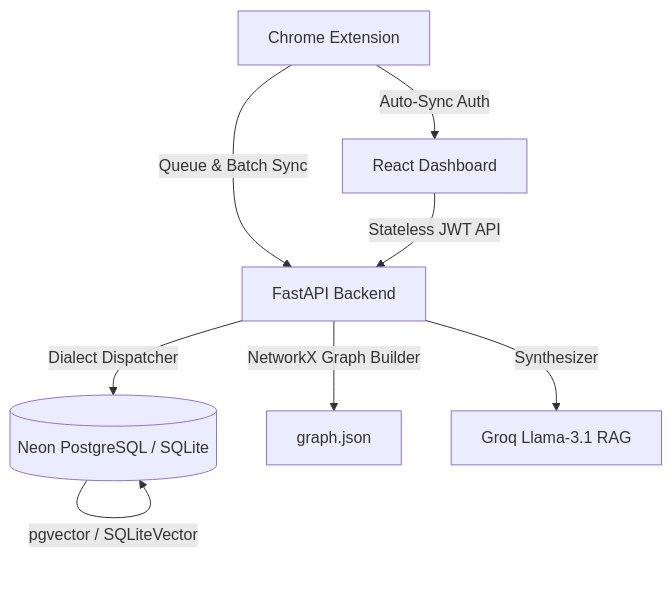
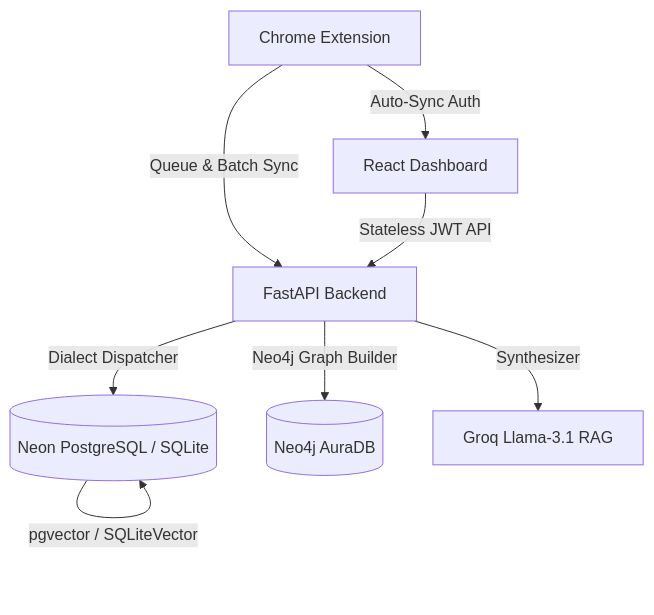
Before and after one commit to Rishabhmk25/chronicleos: the diagram in README.md, drawn with Mermaid. The commit also changed other lines of this file, not shown here.

Commit message:
docs: update architecture diagram and features to reflect Neo4j migration

````diff
--- a/README.md
+++ b/README.md
@@ -9,10 +9,10 @@
 ```mermaid
 graph TD
     Ext[Chrome Extension] -->|Queue & Batch Sync| API[FastAPI Backend]
     API -->|Dialect Dispatcher| DB[(Neon PostgreSQL / SQLite)]
     DB -->|pgvector / SQLiteVector| DB
-    API -->|NetworkX Graph Builder| Graph[graph.json]
+    API -->|Neo4j Graph Builder| Graph[(Neo4j AuraDB)]
     API -->|Synthesizer| LLM[Groq Llama-3.1 RAG]
     Dashboard[React Dashboard] -->|Stateless JWT API| API
     Ext -->|Auto-Sync Auth| Dashboard
 ```
````
